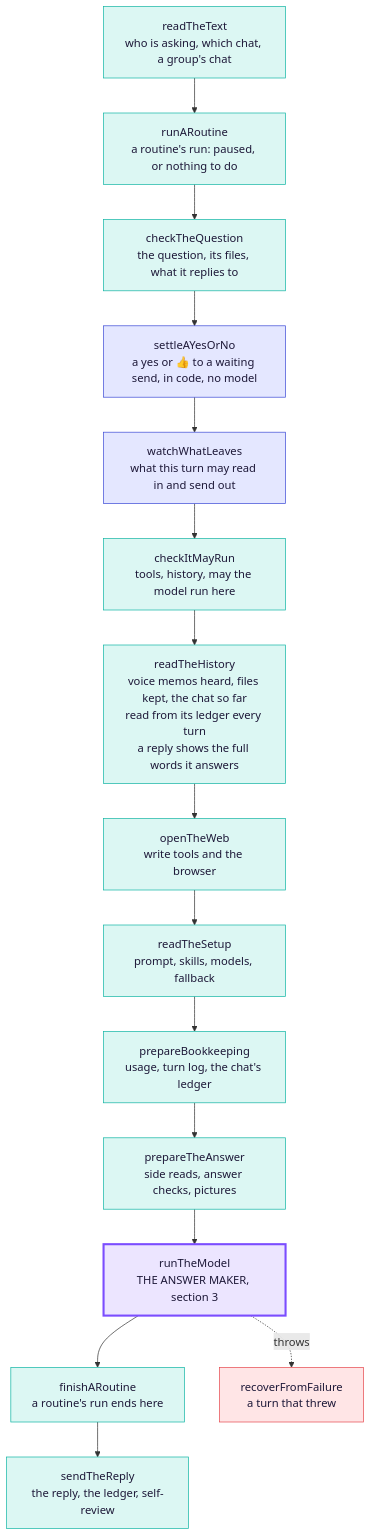
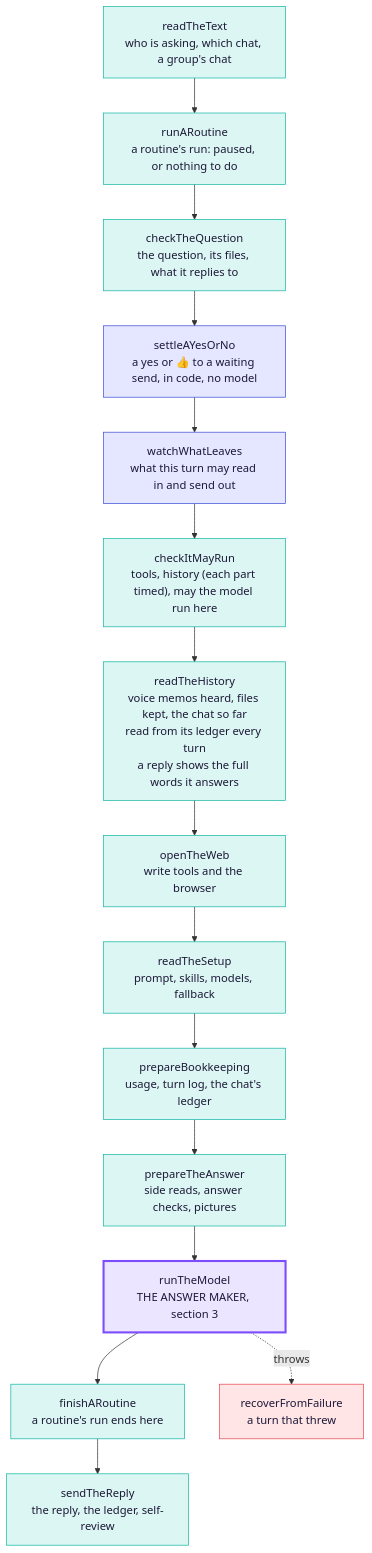
The second of 3 diagrams in docs/architecture/tex.md (Supa-Media/context), drawn with Mermaid before and after one commit. The commit also changed other lines of this file, not shown here.

Commit message:
Tex diagram: history is timed part by part
Claude-Session: https://claude.ai/code/session_016cqCvfynnNJ2pU5f9EGtJX

````diff
--- a/docs/architecture/tex.md
+++ b/docs/architecture/tex.md
@@ -80,24 +80,24 @@
 ```mermaid
 flowchart TB
   readTheText["readTheText<br/>who is asking, which chat, a group's chat"]:::step
   runARoutine["runARoutine<br/>a routine's run: paused, or nothing to do"]:::step
   checkTheQuestion["checkTheQuestion<br/>the question, its files, what it replies to"]:::step
   settleAYesOrNo["settleAYesOrNo<br/>a yes or 👍 to a waiting send, in code, no model"]:::rail
   watchWhatLeaves["watchWhatLeaves<br/>what this turn may read in and send out"]:::rail
-  checkItMayRun["checkItMayRun<br/>tools, history, may the model run here"]:::step
+  checkItMayRun["checkItMayRun<br/>tools, history (each part timed), may the model run here"]:::step
   readTheHistory["readTheHistory<br/>voice memos heard, files kept, the chat so far<br/>read from its ledger every turn<br/>a reply shows the full words it answers"]:::step
   openTheWeb["openTheWeb<br/>write tools and the browser"]:::step
   readTheSetup["readTheSetup<br/>prompt, skills, models, fallback"]:::step
   prepareBookkeeping["prepareBookkeeping<br/>usage, turn log, the chat's ledger"]:::step
   prepareTheAnswer["prepareTheAnswer<br/>side reads, answer checks, pictures"]:::step
   runTheModel["runTheModel<br/>THE ANSWER MAKER, section 3"]:::model
   finishARoutine["finishARoutine<br/>a routine's run ends here"]:::step
   sendTheReply["sendTheReply<br/>the reply, the ledger, self-review"]:::step
   recoverFromFailure["recoverFromFailure<br/>a turn that threw"]:::fail
   readTheText --> runARoutine --> checkTheQuestion --> settleAYesOrNo --> watchWhatLeaves --> checkItMayRun --> readTheHistory --> openTheWeb --> readTheSetup --> prepareBookkeeping --> prepareTheAnswer --> runTheModel --> finishARoutine --> sendTheReply
   runTheModel -. throws .-> recoverFromFailure
   classDef step fill:#dcf7f3,stroke:#11b5a4,color:#1d1838
   classDef rail fill:#e4e7ff,stroke:#3c4bd6,color:#1d1838
   classDef model fill:#ece5ff,stroke:#7b4dff,stroke-width:3px,color:#1d1838
   classDef fail fill:#ffe5e6,stroke:#e5484d,color:#1d1838
 ```
````
